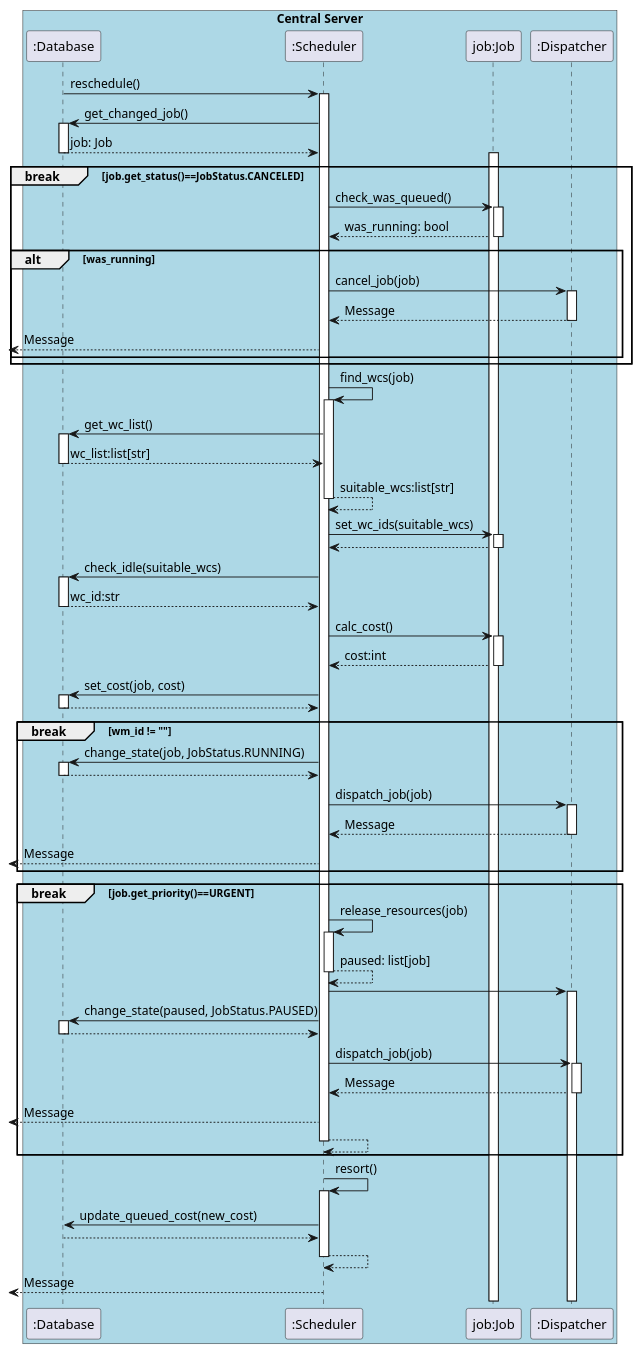
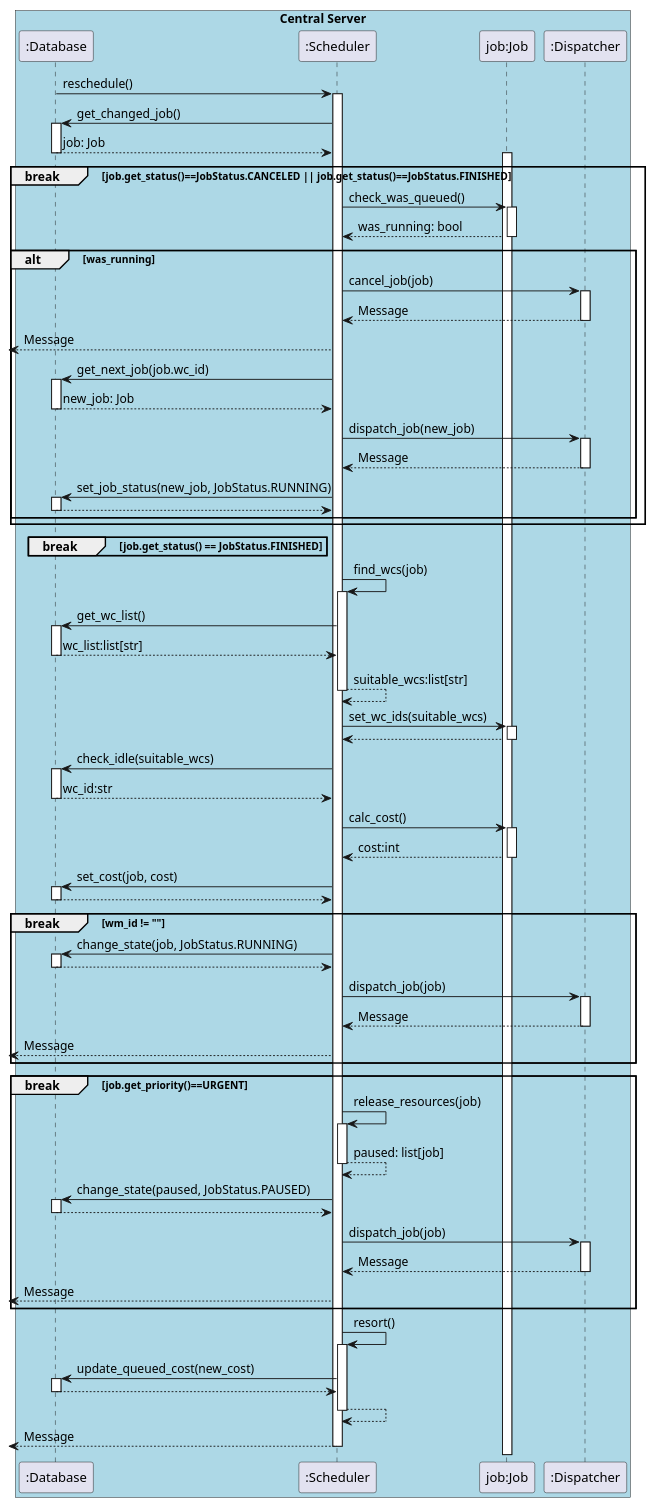
One commit to DistributedTaskScheduling/documentation changed the diagram in design/sequence/scheduler-low.puml. Above: the diagram before and after it, drawn with PlantUML.

Commit message:
reschedule when a job finishes

```diff
--- a/design/sequence/scheduler-low.puml
+++ b/design/sequence/scheduler-low.puml
@@ -1,82 +1,93 @@
 @startuml
 
 box "Central Server" #Lightblue
     participant ":Database"
     participant ":Scheduler"
     participant "job:Job"
     participant ":Dispatcher"
 end box
 
 
 ":Database" -> ":Scheduler" ++: reschedule()
 ":Scheduler" -> ":Database" ++: get_changed_job()
 ":Database" --> ":Scheduler" --: job: Job
 activate "job:Job"
 
 
-break job.get_status()==JobStatus.CANCELED
+break job.get_status()==JobStatus.CANCELED || job.get_status()==JobStatus.FINISHED
     ":Scheduler" -> "job:Job" ++:check_was_queued()
     "job:Job" --> ":Scheduler" --: was_running: bool
 
     alt was_running
         ":Scheduler" -> ":Dispatcher" ++: cancel_job(job)
         ":Dispatcher" --> ":Scheduler" --: Message
         <-- ":Scheduler" : Message
+        ":Scheduler" -> ":Database" ++: get_next_job(job.wc_id)
+        ":Database" --> ":Scheduler" --: new_job: Job
+        ":Scheduler" -> ":Dispatcher" ++ : dispatch_job(new_job)
+        ":Dispatcher" --> ":Scheduler" --:Message
+        ":Scheduler" -> ":Database"++: set_job_status(new_job, JobStatus.RUNNING)
+        ":Database" --> ":Scheduler" --
+        
     end
+end
+
+break job.get_status() == JobStatus.FINISHED
+    
+
+
 end
 
 ":Scheduler" -> ":Scheduler" ++: find_wcs(job)
 ":Scheduler" -> ":Database" ++: get_wc_list()
 ":Database" --> ":Scheduler" --: wc_list:list[str]
 ":Scheduler" --> ":Scheduler" --: suitable_wcs:list[str]
 
 ":Scheduler" -> "job:Job" ++: set_wc_ids(suitable_wcs)
 "job:Job" --> ":Scheduler" --:
 
 
 ":Scheduler" -> ":Database" ++: check_idle(suitable_wcs)
 ":Database" --> ":Scheduler" --: wc_id:str
 
 ":Scheduler" -> "job:Job" ++: calc_cost()
 "job:Job" --> ":Scheduler" --: cost:int
 ":Scheduler" -> ":Database" ++ : set_cost(job, cost)
 ":Database" --> ":Scheduler" -- 
 break wm_id != ""
 
     ":Scheduler" -> ":Database" ++: change_state(job, JobStatus.RUNNING)
     ":Database" --> ":Scheduler" --:
 
     ":Scheduler" -> ":Dispatcher" ++: dispatch_job(job)
     ":Dispatcher" --> ":Scheduler" -- : Message
     <-- ":Scheduler" : Message
 end
 
 
 break  job.get_priority()==URGENT
     ":Scheduler" -> ":Scheduler" ++: release_resources(job)
     ":Scheduler" --> ":Scheduler" -- : paused: list[job]
-    ":Scheduler" -> ":Dispatcher" ++ :  
     ":Scheduler" -> ":Database" ++: change_state(paused, JobStatus.PAUSED)
     ":Database" --> ":Scheduler" --:
 
     ":Scheduler" -> ":Dispatcher" ++: dispatch_job(job)
 
     ":Scheduler" <-- ":Dispatcher" --: Message
     <-- ":Scheduler" : Message
-    ":Scheduler" --> ":Scheduler" --:
 
 end
 
 
 ":Scheduler" -> ":Scheduler" ++: resort()
-":Scheduler" -> ":Database": update_queued_cost(new_cost)
+":Scheduler" -> ":Database" ++: update_queued_cost(new_cost)
 ":Database" --> ":Scheduler" --: 
 
 ":Scheduler" --> ":Scheduler" --:
 
 
 
      <-- ":Scheduler" : Message
 deactivate ":Scheduler"
 
 @enduml
```
